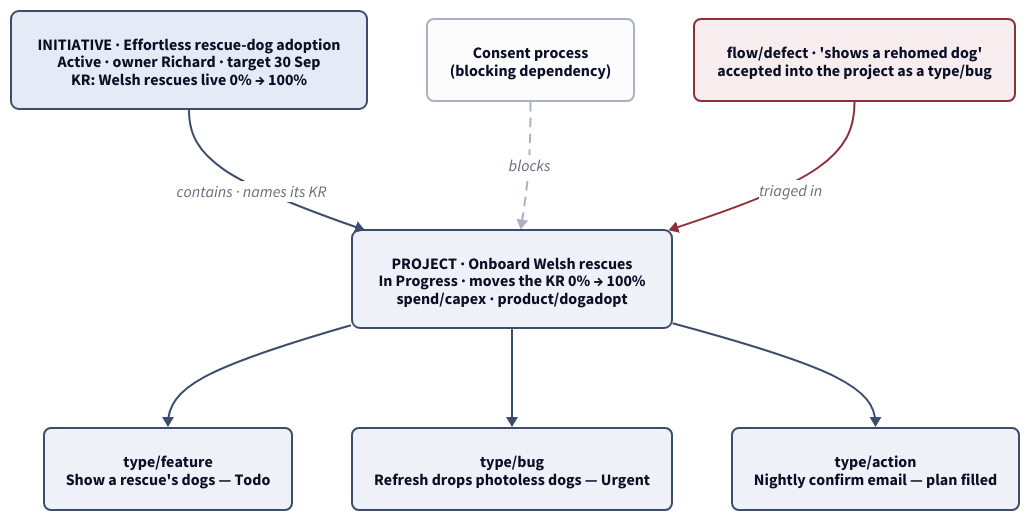
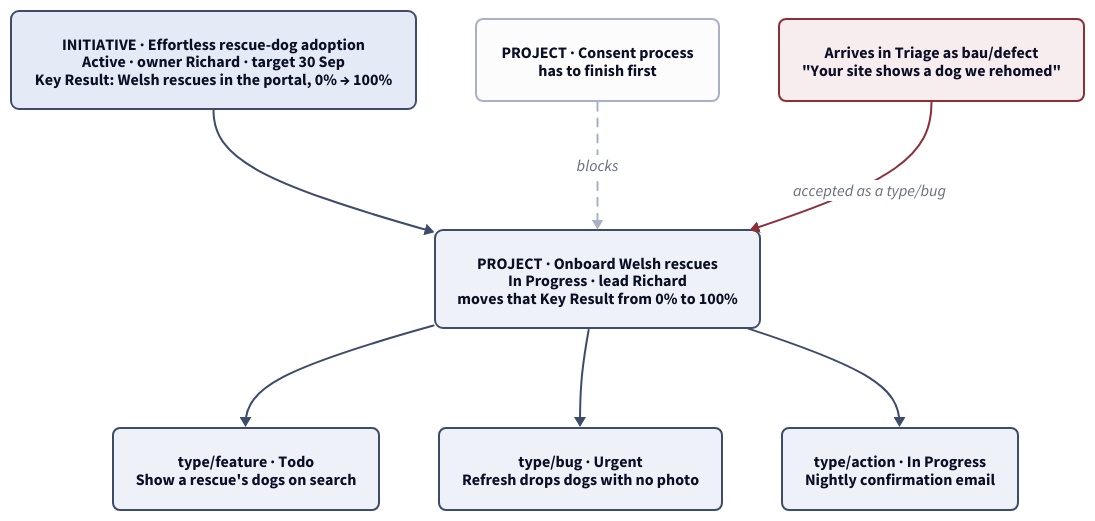
One commit to hungovercoders/linear-work-management changed the diagram in docs/diagrams/example-chain.d2. Above: the diagram before and after it, drawn with D2. The commit also changed 15 other files, not shown here.

First line of the commit message:
docs(diagrams): redraw all eight in the guide's plain wording

```diff
--- a/docs/diagrams/example-chain.d2
+++ b/docs/diagrams/example-chain.d2
@@ -1,43 +1,43 @@
 # The worked example as a picture: the dogadopt chain, initiative to issues.
 # Shown on the Worked example page as a committed SVG (see `task diagrams`).
 # A concrete instance of model.d2 — same shape, real artefacts.
 # Flat + acyclic, top-to-bottom.
 
 direction: down
 
 # ---- the initiative ----
-initiative: "INITIATIVE · Effortless rescue-dog adoption\nActive · owner Richard · target 30 Sep\nKR: Welsh rescues live 0% → 100%" {
+initiative: "INITIATIVE · Effortless rescue-dog adoption\nActive · owner Richard · target 30 Sep\nKey Result: Welsh rescues in the portal, 0% → 100%" {
   style: {fill: "#E4EAF6"; stroke: "#3D4C6B"; border-radius: 8; bold: true; stroke-width: 2}
 }
 
 # ---- the project (with its blocking dependency) ----
-project: "PROJECT · Onboard Welsh rescues\nIn Progress · moves the KR 0% → 100%\nspend/capex · product/dogadopt" {
+project: "PROJECT · Onboard Welsh rescues\nIn Progress · lead Richard\nmoves that Key Result from 0% to 100%" {
   style: {fill: "#EEF1F7"; stroke: "#3D4C6B"; border-radius: 8; bold: true}
 }
-consent: "Consent process\n(blocking dependency)" {
+consent: "PROJECT · Consent process\nhas to finish first" {
   style: {fill: "#FCFCFD"; stroke: "#A9B2C4"; border-radius: 7}
 }
 
 # ---- the three project issues ----
-feature: "type/feature\nShow a rescue's dogs — Todo" {
+feature: "type/feature · Todo\nShow a rescue's dogs on search" {
   style: {fill: "#EEF1F7"; stroke: "#3D4C6B"; border-radius: 7}
 }
-bug: "type/bug\nRefresh drops photoless dogs — Urgent" {
+bug: "type/bug · Urgent\nRefresh drops dogs with no photo" {
   style: {fill: "#EEF1F7"; stroke: "#3D4C6B"; border-radius: 7}
 }
-action: "type/action\nNightly confirm email — plan filled" {
+action: "type/action · In Progress\nNightly confirmation email" {
   style: {fill: "#EEF1F7"; stroke: "#3D4C6B"; border-radius: 7}
 }
 
 # ---- the inbound item, accepted into the project ----
-inbound: "flow/defect · 'shows a rehomed dog'\naccepted into the project as a type/bug" {
+inbound: "Arrives in Triage as bau/defect\n\"Your site shows a dog we rehomed\"" {
   style: {fill: "#F8EDEE"; stroke: "#8C2F39"; border-radius: 7}
 }
 
 # ---- the chain ----
-initiative -> project: contains · names its KR {style.stroke: "#3D4C6B"}
+initiative -> project {style.stroke: "#3D4C6B"}
 consent -> project: blocks {style: {stroke: "#A9B2C4"; stroke-dash: 4}}
 project -> feature {style.stroke: "#3D4C6B"}
 project -> bug {style.stroke: "#3D4C6B"}
 project -> action {style.stroke: "#3D4C6B"}
-inbound -> project: triaged in {style.stroke: "#8C2F39"}
+inbound -> project: accepted as a type/bug {style.stroke: "#8C2F39"}
```
